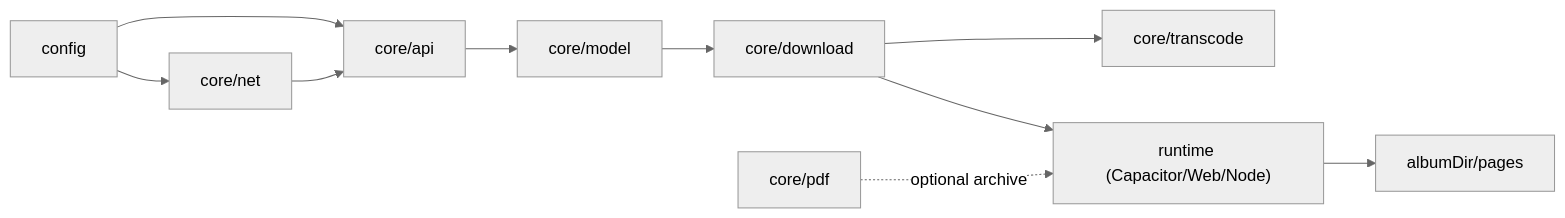
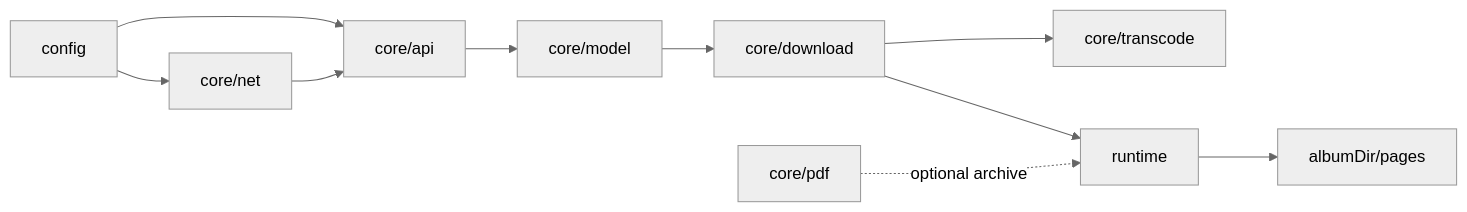
The first of 2 diagrams in docs/en/architecture/overview.md (aDarkMaker/JMFM), drawn with Mermaid (neutral theme) before and after one commit. The commit also changed other lines of this file and 20 other files, not shown here.

Commit message:
docs: fix mermaid diagrams and tighten wiki copy

````diff
--- a/docs/en/architecture/overview.md
+++ b/docs/en/architecture/overview.md
@@ -46,22 +46,22 @@
 ```mermaid
 flowchart LR
-    cfg["config"]
-    api["core/api"]
-    net["core/net"]
-    model["core/model"]
-    trans["core/transcode"]
-    dl["core/download"]
-    pdf["core/pdf"]
-    rnt["runtime (Capacitor/Web/Node)"]
-    pagesOut["albumDir/pages"]
+    cfg[config]
+    api[core/api]
+    net[core/net]
+    model[core/model]
+    trans[core/transcode]
+    dl[core/download]
+    pdf[core/pdf]
+    rnt[runtime]
+    pagesOut[albumDir/pages]
 
     cfg --> net
     cfg --> api
     net --> api
     api --> model
     model --> dl
     dl --> trans
     dl --> rnt
     rnt --> pagesOut
-    pdf -.->|"optional archive"| rnt
+    pdf -.->|optional archive| rnt
 ```
````
